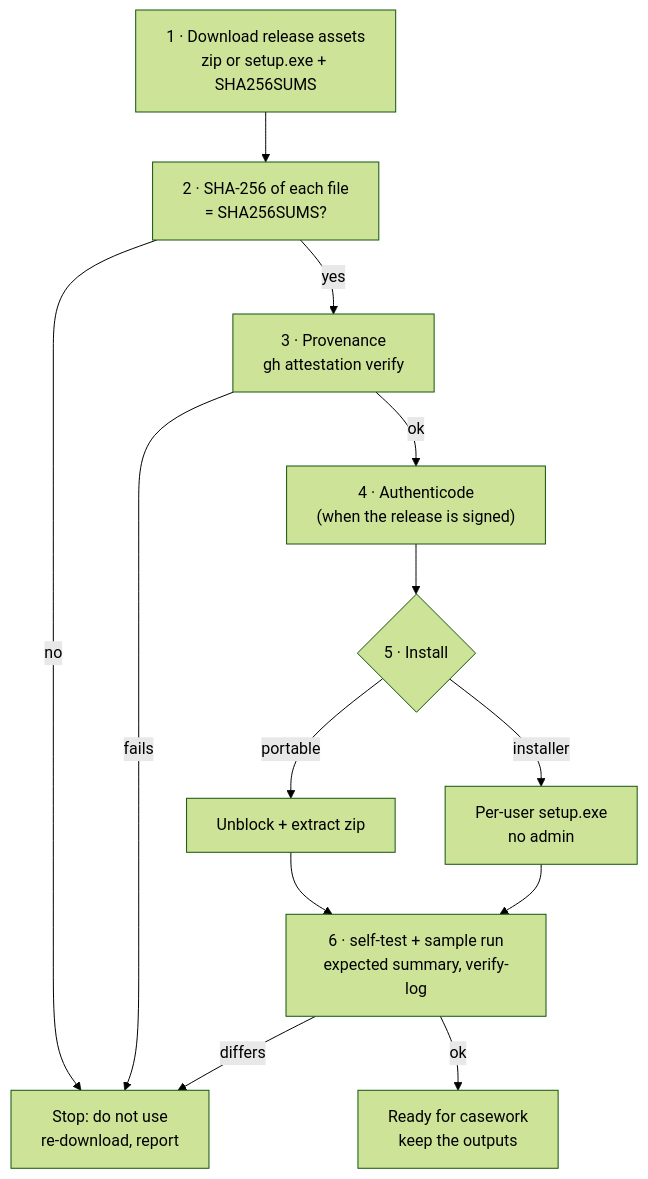
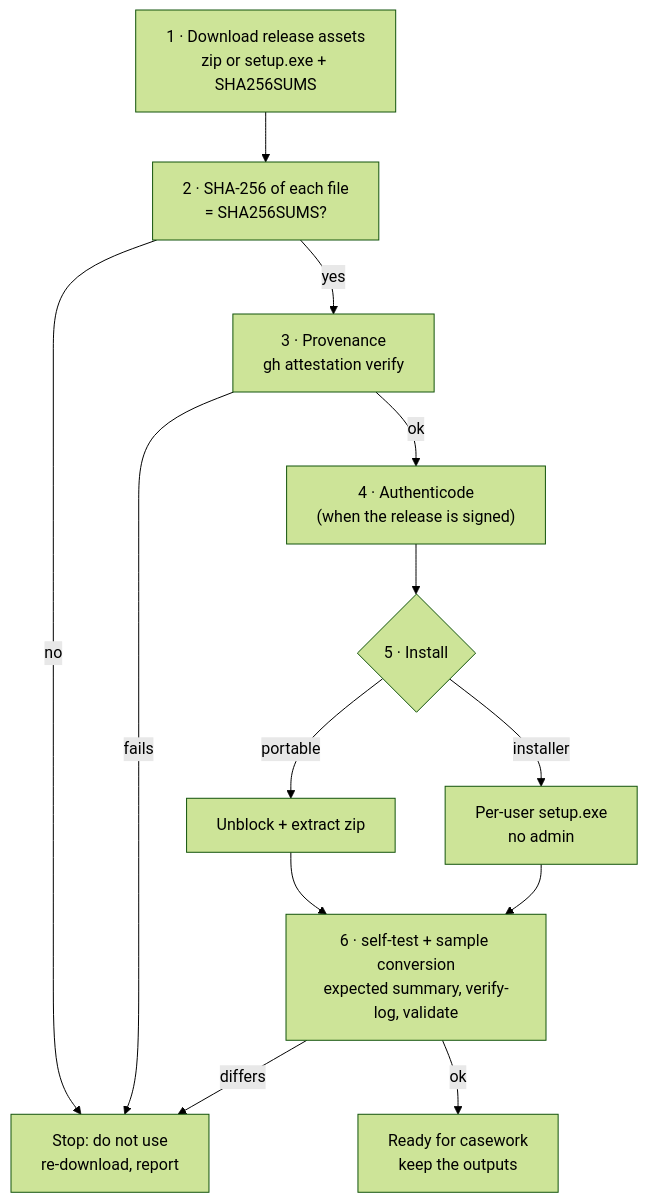
The diagram in docs/installation.md (Panacota96/rv-rsmf), drawn with Mermaid (forest theme) before and after one commit. The commit also changed other lines of this file and 12 other files, not shown here.

````diff
--- a/docs/installation.md
+++ b/docs/installation.md
@@ -18,15 +13,14 @@
 ```mermaid
 flowchart TB
     A["1 · Download release assets<br/>zip or setup.exe + SHA256SUMS"] --> B["2 · SHA-256 of each file<br/>= SHA256SUMS?"]
     B -->|no| X["Stop: do not use<br/>re-download, report"]
     B -->|yes| C["3 · Provenance<br/>gh attestation verify"]
     C -->|fails| X
     C -->|ok| D["4 · Authenticode<br/>(when the release is signed)"]
     D --> E{"5 · Install"}
     E -->|portable| F["Unblock + extract zip"]
     E -->|installer| G["Per-user setup.exe<br/>no admin"]
-    F --> H["6 · self-test + sample run<br/>expected summary, verify-log"]
-    G --> H
-    H -->|ok| J["Ready for casework<br/>keep the outputs"]
-    H -->|differs| X
+    F & G --> I["6 · self-test + sample conversion<br/>expected summary, verify-log, validate"]
+    I -->|ok| J["Ready for casework<br/>keep the outputs"]
+    I -->|differs| X
 ```
````
